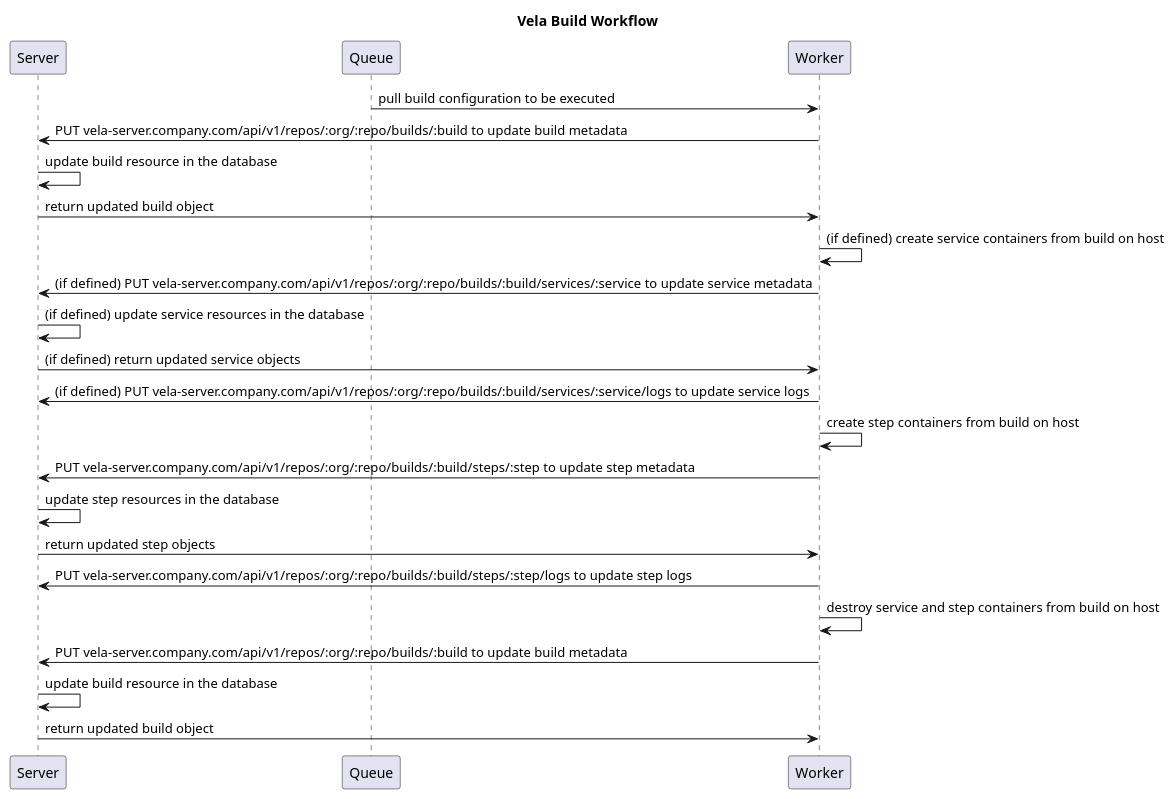
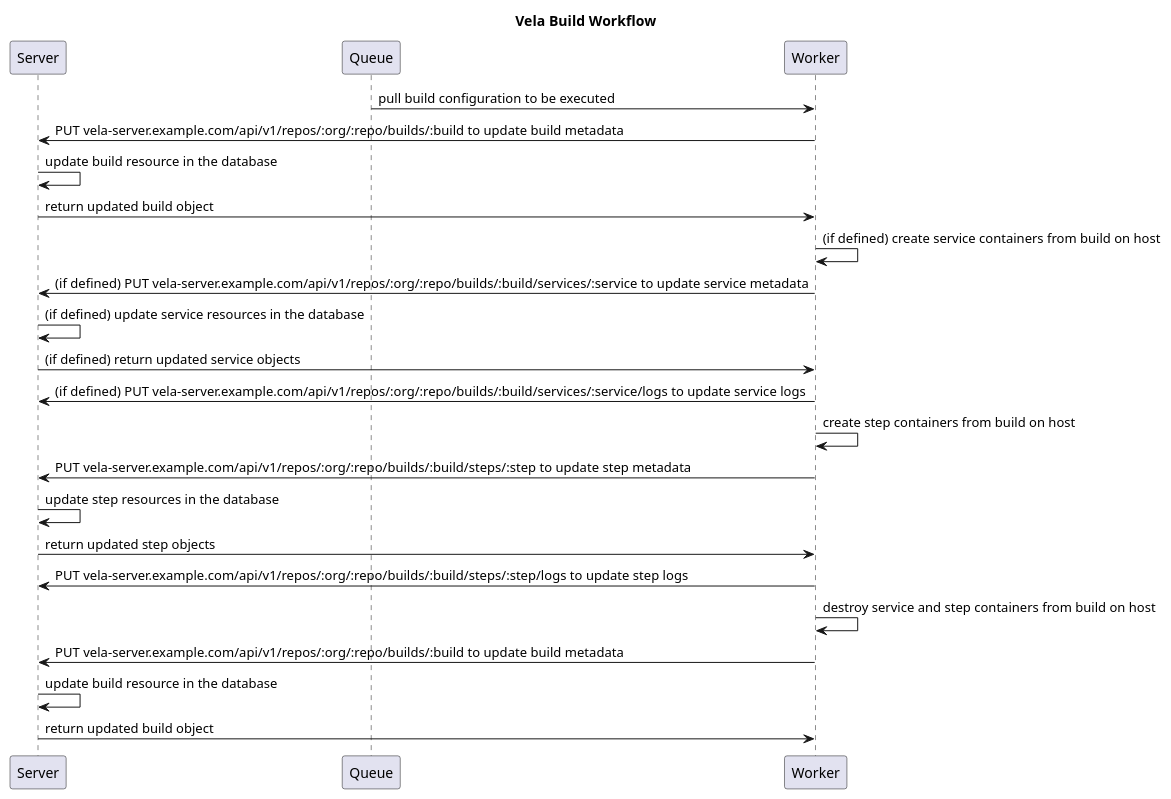
The diagram in content/administration/worker/build_workflow.puml (jbrockopp/docs), drawn with PlantUML before and after one commit. The commit also changed 16 other files, not shown here.

Commit message:
chore: update company.com -> example.com per feedback

```diff
--- a/content/administration/worker/build_workflow.puml
+++ b/content/administration/worker/build_workflow.puml
@@ -1,28 +1,28 @@
 @startuml
 
 title Vela Build Workflow
 
 participant "Server" as Server
 participant "Queue" as Queue
 participant "Worker" as Worker
 
 Queue -> Worker : pull build configuration to be executed
-Worker -> Server : PUT vela-server.company.com/api/v1/repos/:org/:repo/builds/:build to update build metadata
+Worker -> Server : PUT vela-server.example.com/api/v1/repos/:org/:repo/builds/:build to update build metadata
 Server -> Server : update build resource in the database
 Server -> Worker : return updated build object
 Worker -> Worker : (if defined) create service containers from build on host
-Worker -> Server : (if defined) PUT vela-server.company.com/api/v1/repos/:org/:repo/builds/:build/services/:service to update service metadata
+Worker -> Server : (if defined) PUT vela-server.example.com/api/v1/repos/:org/:repo/builds/:build/services/:service to update service metadata
 Server -> Server : (if defined) update service resources in the database
 Server -> Worker : (if defined) return updated service objects
-Worker -> Server : (if defined) PUT vela-server.company.com/api/v1/repos/:org/:repo/builds/:build/services/:service/logs to update service logs
+Worker -> Server : (if defined) PUT vela-server.example.com/api/v1/repos/:org/:repo/builds/:build/services/:service/logs to update service logs
 Worker -> Worker : create step containers from build on host
-Worker -> Server : PUT vela-server.company.com/api/v1/repos/:org/:repo/builds/:build/steps/:step to update step metadata
+Worker -> Server : PUT vela-server.example.com/api/v1/repos/:org/:repo/builds/:build/steps/:step to update step metadata
 Server -> Server : update step resources in the database
 Server -> Worker : return updated step objects
-Worker -> Server : PUT vela-server.company.com/api/v1/repos/:org/:repo/builds/:build/steps/:step/logs to update step logs
+Worker -> Server : PUT vela-server.example.com/api/v1/repos/:org/:repo/builds/:build/steps/:step/logs to update step logs
 Worker -> Worker : destroy service and step containers from build on host
-Worker -> Server : PUT vela-server.company.com/api/v1/repos/:org/:repo/builds/:build to update build metadata
+Worker -> Server : PUT vela-server.example.com/api/v1/repos/:org/:repo/builds/:build to update build metadata
 Server -> Server : update build resource in the database
 Server -> Worker : return updated build object
 
 @enduml
```
